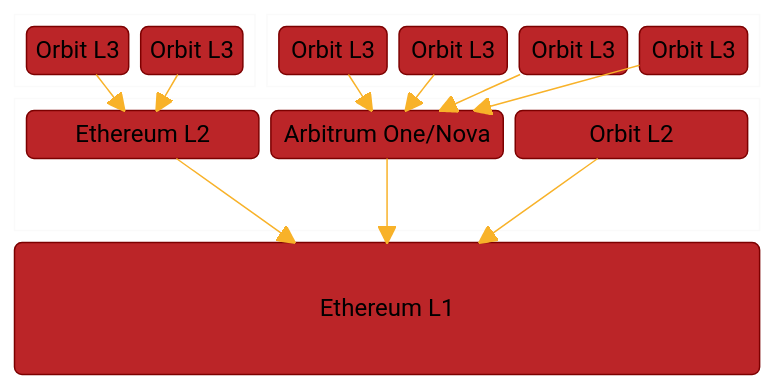
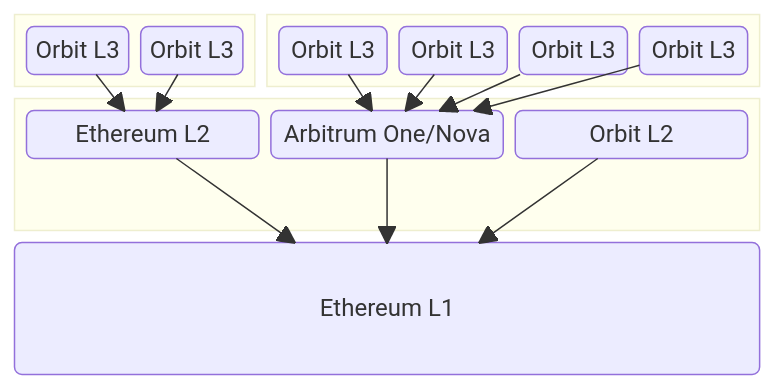
One commit to OffchainLabs/arbitrum-docs changed the third of 4 diagrams in arbitrum-docs/mermaid-examples.mdx. Above: the diagram before and after it, drawn with Mermaid. The commit also changed other lines of this file, not shown here.

````diff
--- a/arbitrum-docs/mermaid-examples.mdx
+++ b/arbitrum-docs/mermaid-examples.mdx
@@ -58,44 +55,29 @@
 ``` mermaid
-
-%%{
-  init: {
-    'theme': 'base',
-    'themeVariables': {
-      'primaryColor': '#BB2528',
-      'primaryTextColor': '#fff',
-      'primaryBorderColor': '#7C0000',
-      'lineColor': '#F8B229',
-      'secondaryColor': '#006100',
-      'tertiaryColor': '#fff',
-      'rankSpacing': '150'
-    }
-  }
-}%%
 block-beta
   columns 6
   block:L3SettlingOnEthereumL2s:2
     1("Orbit L3"):1
     2("Orbit L3"):1 
     end
   block:L3SettlingOnArbitrumL2s:4
     3("Orbit L3"):1 
     4("Orbit L3"):1 
     5("Orbit L3"):1 
     6("Orbit L3"):1 
     end
   block:L2s:6
   ETHL2("Ethereum L2"):2
   ArbOneArbNov("Arbitrum One/Nova"):3
   OrbitL2("Orbit L2"):1
   end
   EthereumL1("Ethereum L1"):6
   1-->ETHL2
   2-->ETHL2
   3-->ArbOneArbNov
   4-->ArbOneArbNov
   5-->ArbOneArbNov
   6-->ArbOneArbNov
   ETHL2-->EthereumL1
   ArbOneArbNov-->EthereumL1
   OrbitL2-->EthereumL1
 ```
````
